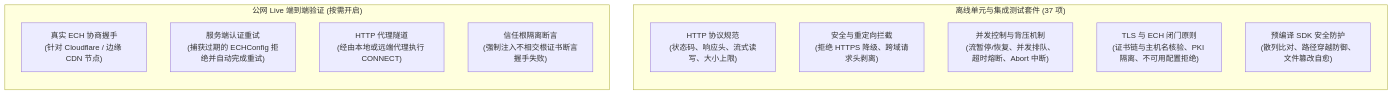
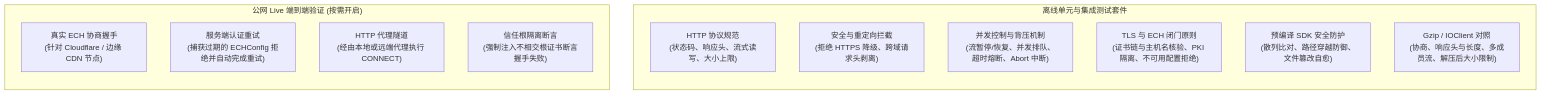
One commit to Predidit/ech_http changed the diagram in doc/verification.zh-CN.md. Above: the diagram before and after it, drawn with Mermaid. The commit also changed other lines of this file and 22 other files, not shown here.

````diff
--- a/doc/verification.zh-CN.md
+++ b/doc/verification.zh-CN.md
@@ -54,19 +54,20 @@
 ```mermaid
 flowchart TD
-    subgraph OfflineSuite["离线单元与集成测试套件 (37 项)"]
+    subgraph OfflineSuite["离线单元与集成测试套件"]
         direction TB
         T1["HTTP 协议规范\n(状态码、响应头、流式读写、大小上限)"]
         T2["安全与重定向拦截\n(拒绝 HTTPS 降级、跨域请求头剥离)"]
         T3["并发控制与背压机制\n(流暂停/恢复、并发排队、超时熔断、Abort 中断)"]
         T4["TLS 与 ECH 闭门原则\n(证书链与主机名核验、PKI 隔离、不可用配置拒绝)"]
         T5["预编译 SDK 安全防护\n(散列比对、路径穿越防御、文件篡改自愈)"]
+        T6["Gzip / IOClient 对照\n(协商、响应头与长度、多成员流、解压后大小限制)"]
     end
 
     subgraph LiveSuite["公网 Live 端到端验证 (按需开启)"]
         direction TB
         L1["真实 ECH 协商握手\n(针对 Cloudflare / 边缘 CDN 节点)"]
         L2["服务端认证重试\n(捕获过期的 ECHConfig 拒绝并自动完成重试)"]
         L3["HTTP 代理隧道\n(经由本地或远端代理执行 CONNECT)"]
         L4["信任根隔离断言\n(强制注入不相交根证书断言握手失败)"]
     end
 ```
````
